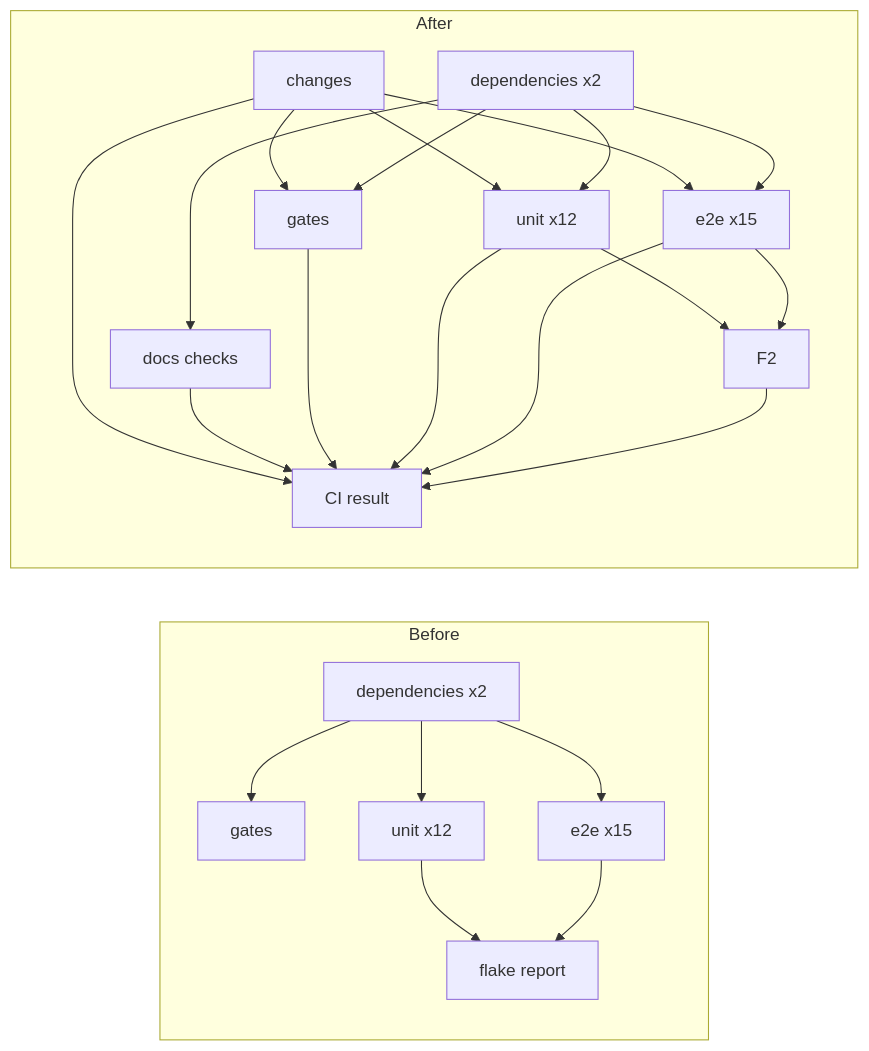
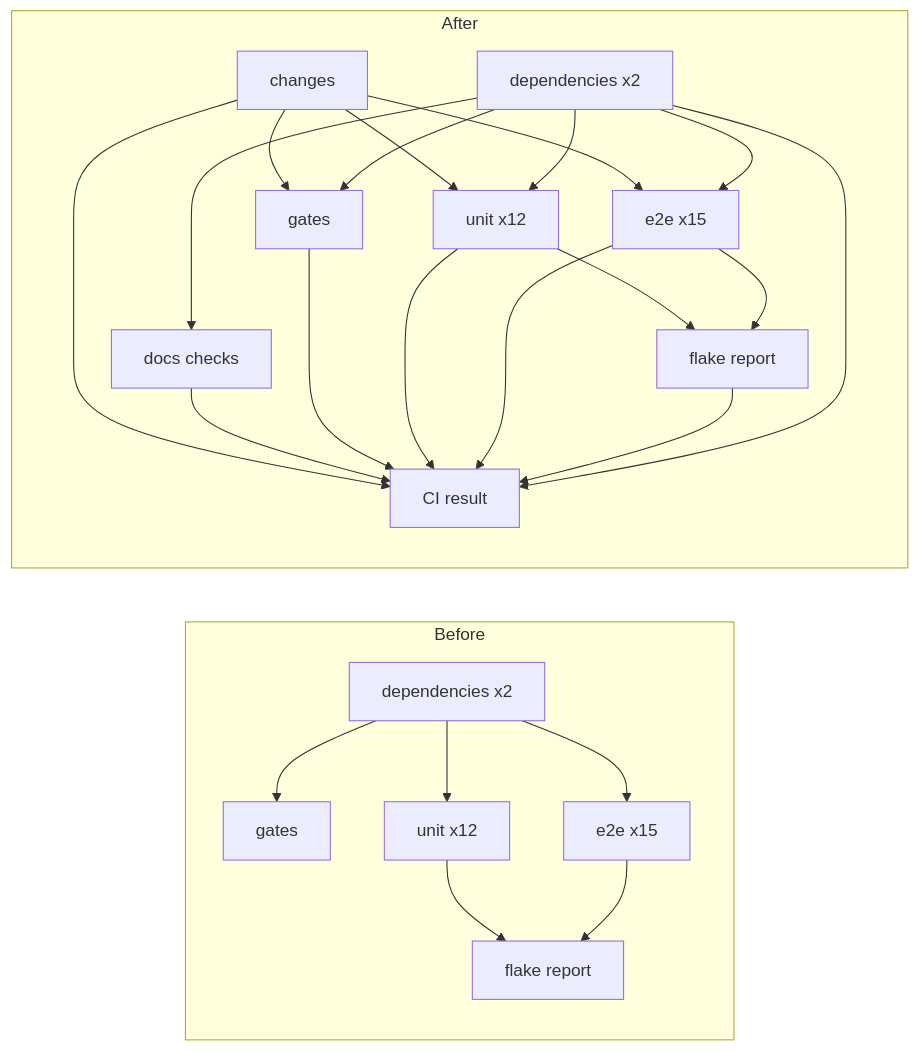
The diagram in docs/plans/docs-only-ci/plan.md (ramiro314/mission-control), drawn with Mermaid before and after one commit. The commit also changed other lines of this file and 2 other files, not shown here.

````diff
--- a/docs/plans/docs-only-ci/plan.md
+++ b/docs/plans/docs-only-ci/plan.md
@@ -107,27 +107,28 @@
 ```mermaid
 flowchart LR
   subgraph Before
     D1[dependencies x2] --> G1[gates]
     D1 --> U1[unit x12]
     D1 --> E1[e2e x15]
     U1 --> F1[flake report]
     E1 --> F1
   end
   subgraph After
     C[changes] --> G2[gates]
     C --> U2[unit x12]
     C --> E2[e2e x15]
     D2[dependencies x2] --> G2
     D2 --> U2
     D2 --> E2
     D2 --> K[docs checks]
-    U2 --> F2
+    U2 --> F2[flake report]
     E2 --> F2
     C --> R[CI result]
     K --> R
     G2 --> R
     U2 --> R
     E2 --> R
     F2 --> R
+    D2 --> R
   end
 ```
````
